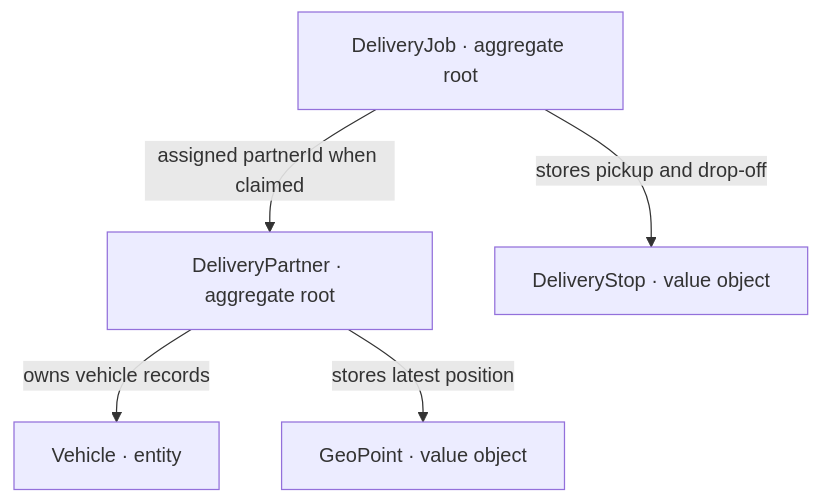
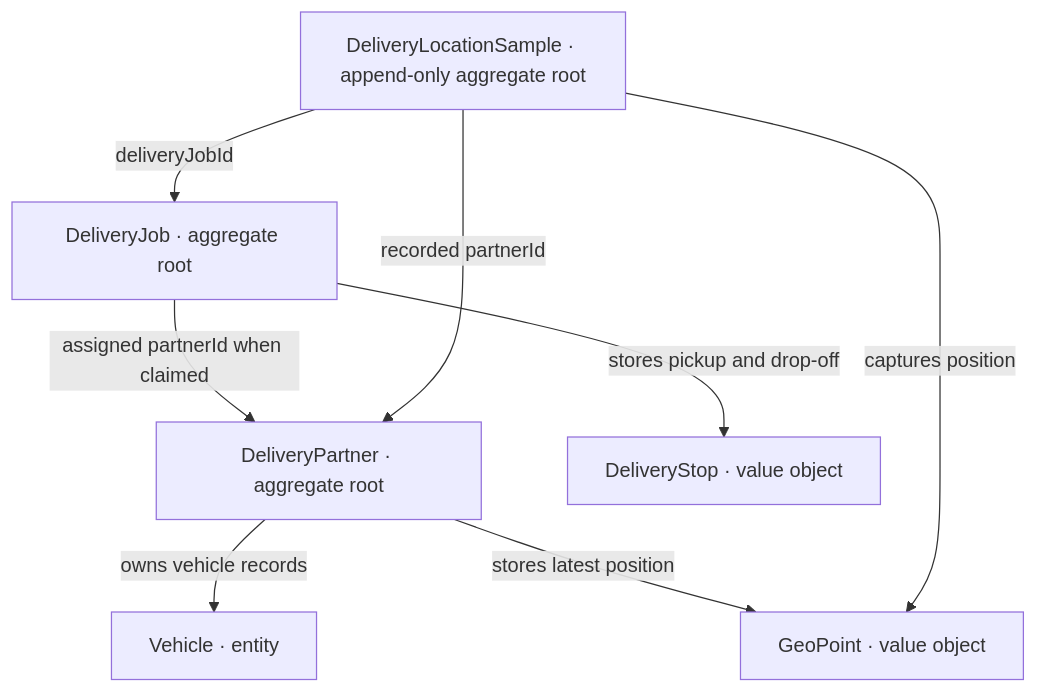
One commit to shaharDAli/buggy-systems changed the sixth of 6 diagrams in docs/buggy-entity-graph.md. Above: the diagram before and after it, drawn with Mermaid. The commit also changed other lines of this file and 30 other files, not shown here.

````diff
--- a/docs/buggy-entity-graph.md
+++ b/docs/buggy-entity-graph.md
@@ -95,7 +97,10 @@
 ```mermaid
 flowchart TB
     Job["DeliveryJob · aggregate root"] -->|assigned partnerId when claimed| Partner["DeliveryPartner · aggregate root"]
     Job -->|stores pickup and drop-off| Stop["DeliveryStop · value object"]
     Partner -->|owns vehicle records| Vehicle["Vehicle · entity"]
     Partner -->|stores latest position| Location["GeoPoint · value object"]
+    Sample["DeliveryLocationSample · append-only aggregate root"] -->|deliveryJobId| Job
+    Sample -->|recorded partnerId| Partner
+    Sample -->|captures position| Location
 ```
````
